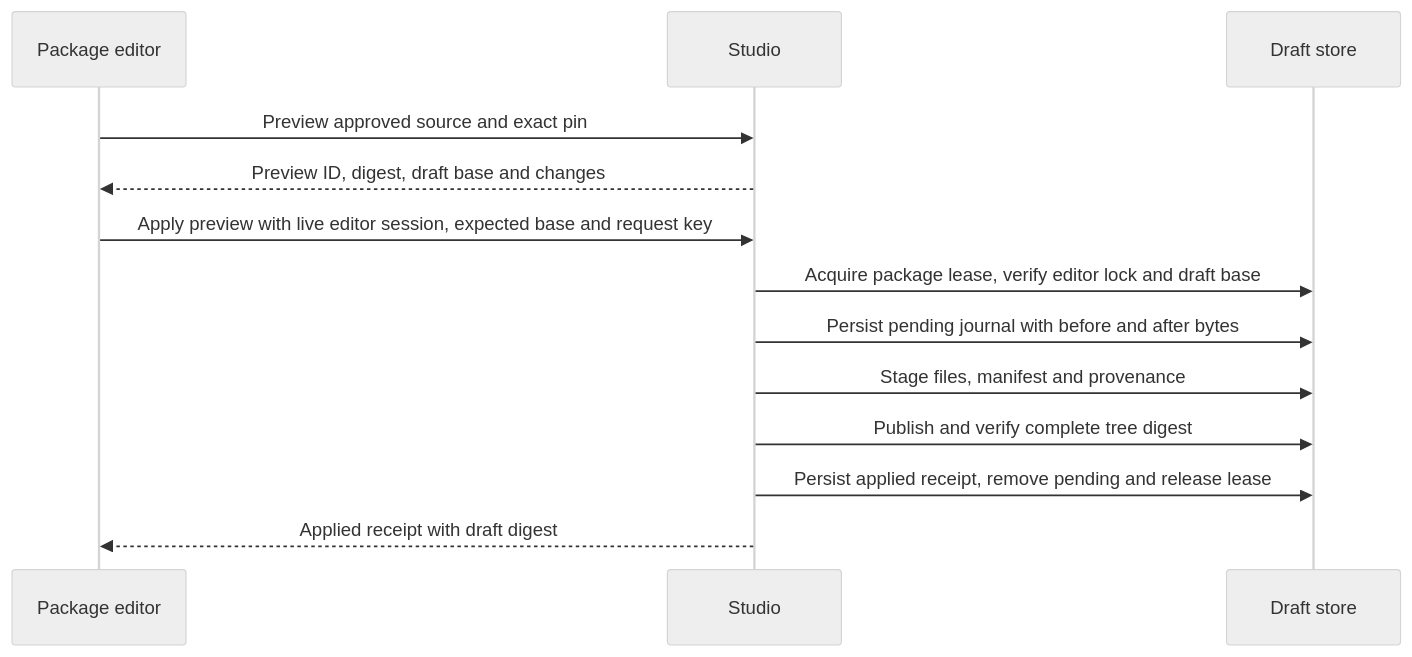
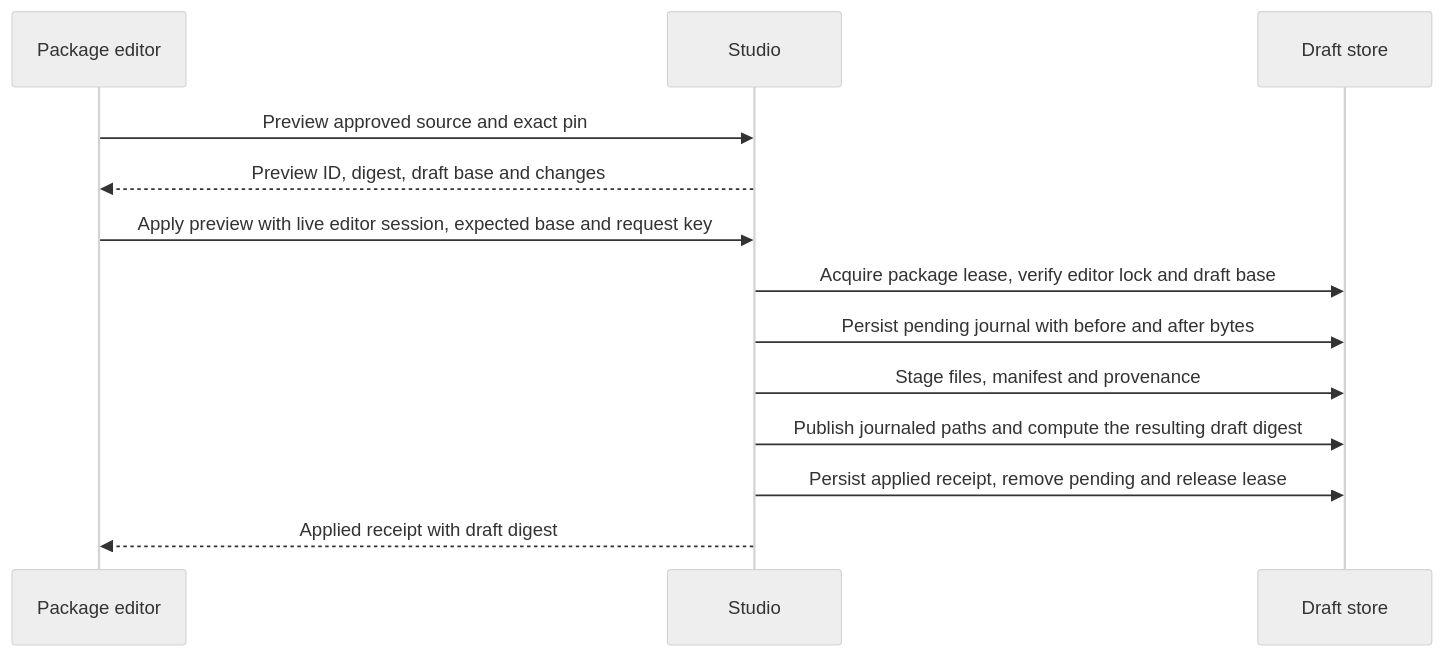
Diagram 14 of 14 in docs/system-analytics/local-packages.md (maister-dev/maister), drawn with Mermaid (neutral theme) before and after one commit. The commit also changed 120 other files, not shown here.

````diff
--- a/docs/system-analytics/local-packages.md
+++ b/docs/system-analytics/local-packages.md
@@ -823,15 +823,15 @@
 ```mermaid
 sequenceDiagram
   participant E as Package editor
   participant S as Studio
   participant D as Draft store
   E->>S: Preview approved source and exact pin
   S-->>E: Preview ID, digest, draft base and changes
   E->>S: Apply preview with live editor session, expected base and request key
   S->>D: Acquire package lease, verify editor lock and draft base
   S->>D: Persist pending journal with before and after bytes
   S->>D: Stage files, manifest and provenance
-  S->>D: Publish and verify complete tree digest
+  S->>D: Publish journaled paths and compute the resulting draft digest
   S->>D: Persist applied receipt, remove pending and release lease
   S-->>E: Applied receipt with draft digest
 ```
````
